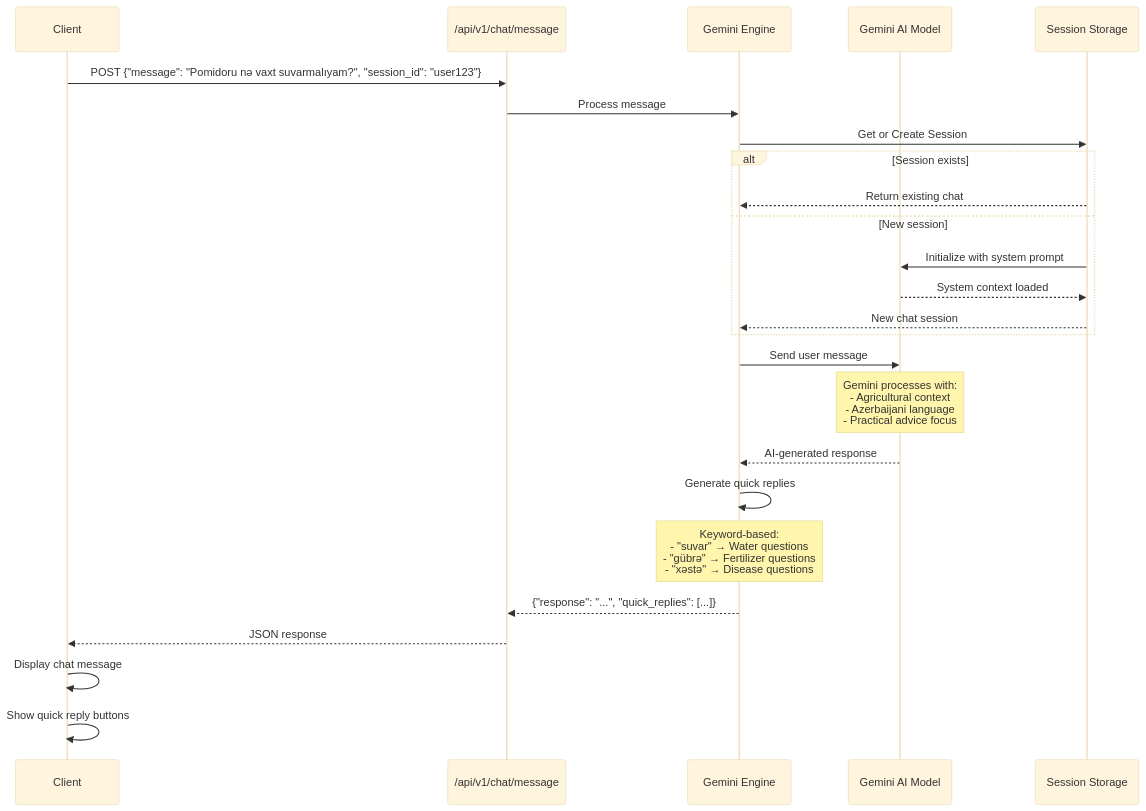
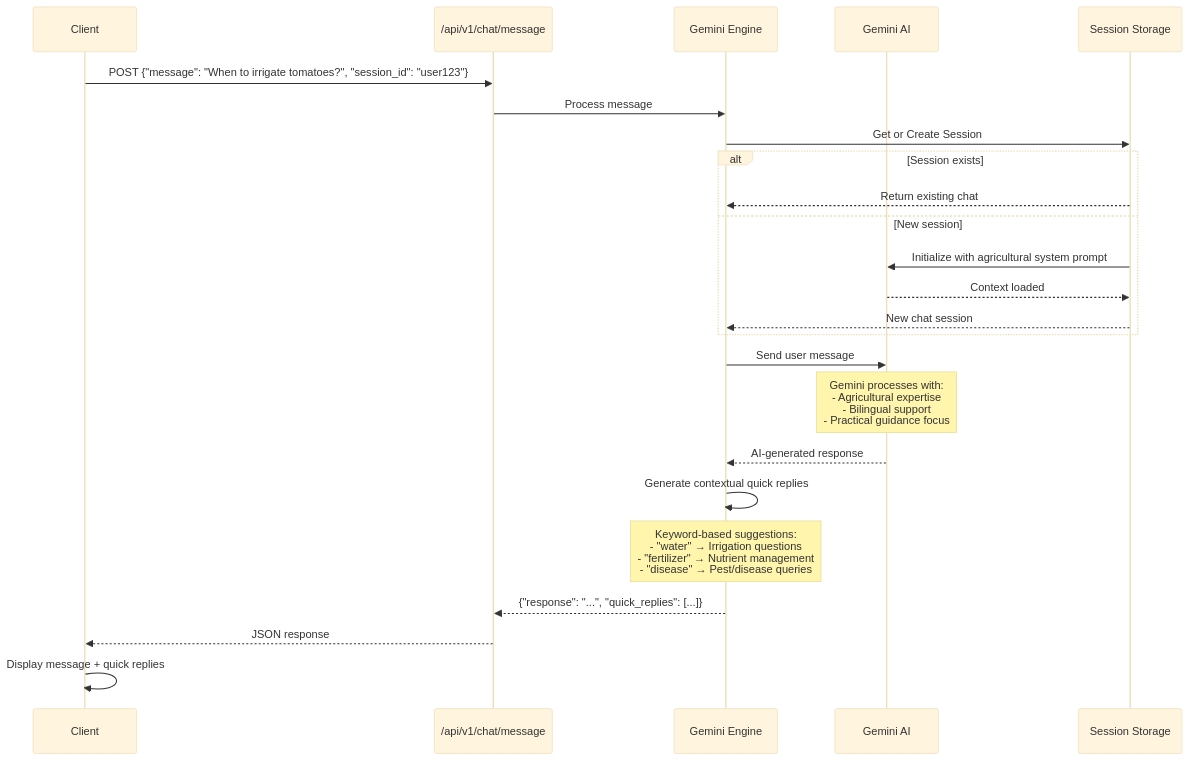
Before and after one commit to Ismat-Samadov/rule_based_system: the third of 3 diagrams in backend/README.md, drawn with Mermaid (base theme). The commit also changed other lines of this file and 29 other files, not shown here.

````diff
--- a/backend/README.md
+++ b/backend/README.md
@@ -158,34 +157,33 @@
 ```mermaid
 sequenceDiagram
-    participant C as Client
+    participant Client
     participant API as /api/v1/chat/message
     participant GE as Gemini Engine
-    participant GM as Gemini AI Model
+    participant Model as Gemini AI
     participant Session as Session Storage
 
-    C->>API: POST {"message": "Pomidoru nə vaxt suvarmalıyam?", "session_id": "user123"}
+    Client->>API: POST {"message": "When to irrigate tomatoes?", "session_id": "user123"}
     API->>GE: Process message
 
     GE->>Session: Get or Create Session
     alt Session exists
         Session-->>GE: Return existing chat
     else New session
-        Session->>GM: Initialize with system prompt
-        GM-->>Session: System context loaded
+        Session->>Model: Initialize with agricultural system prompt
+        Model-->>Session: Context loaded
         Session-->>GE: New chat session
     end
 
-    GE->>GM: Send user message
-    Note over GM: Gemini processes with:<br/>- Agricultural context<br/>- Azerbaijani language<br/>- Practical advice focus
+    GE->>Model: Send user message
+    Note over Model: Gemini processes with:<br/>- Agricultural expertise<br/>- Bilingual support<br/>- Practical guidance focus
 
-    GM-->>GE: AI-generated response
-    GE->>GE: Generate quick replies
+    Model-->>GE: AI-generated response
+    GE->>GE: Generate contextual quick replies
 
-    Note over GE: Keyword-based:<br/>- "suvar" → Water questions<br/>- "gübrə" → Fertilizer questions<br/>- "xəstə" → Disease questions
+    Note over GE: Keyword-based suggestions:<br/>- "water" → Irrigation questions<br/>- "fertilizer" → Nutrient management<br/>- "disease" → Pest/disease queries
 
     GE-->>API: {"response": "...", "quick_replies": [...]}
-    API-->>C: JSON response
+    API-->>Client: JSON response
 
-    C->>C: Display chat message
-    C->>C: Show quick reply buttons
+    Client->>Client: Display message + quick replies
 ```
````
